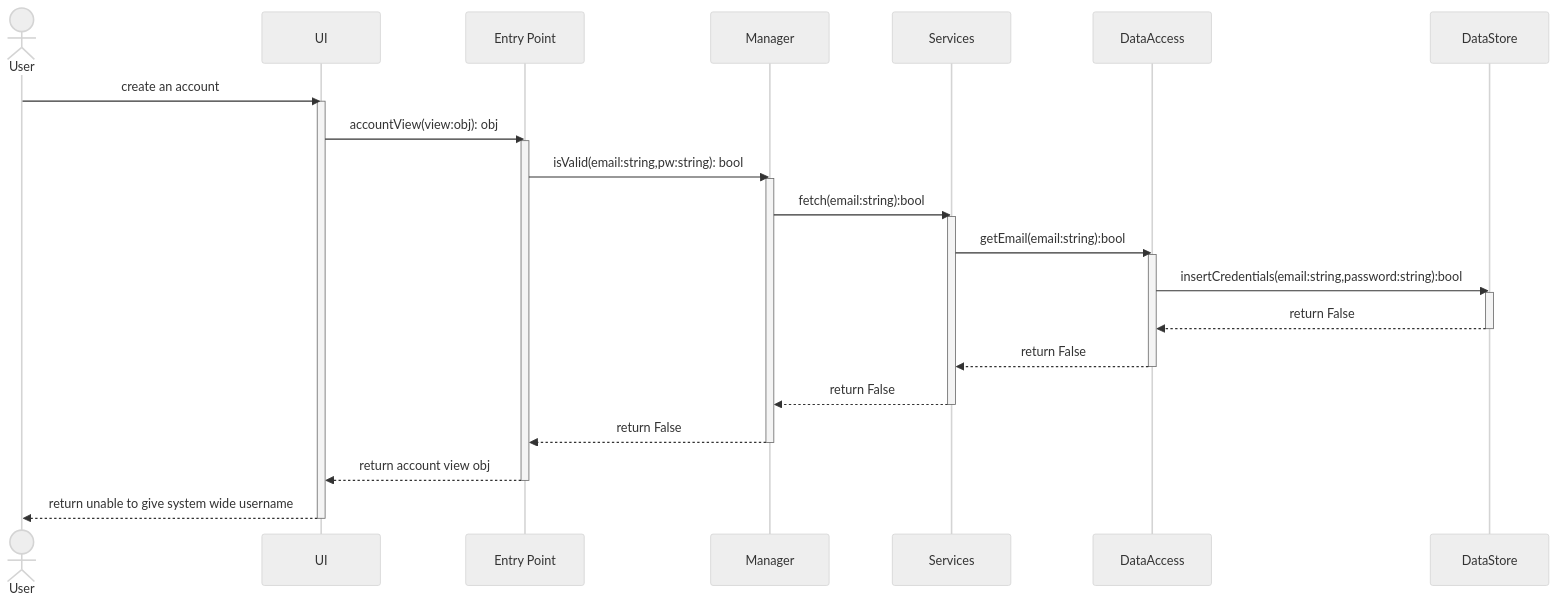
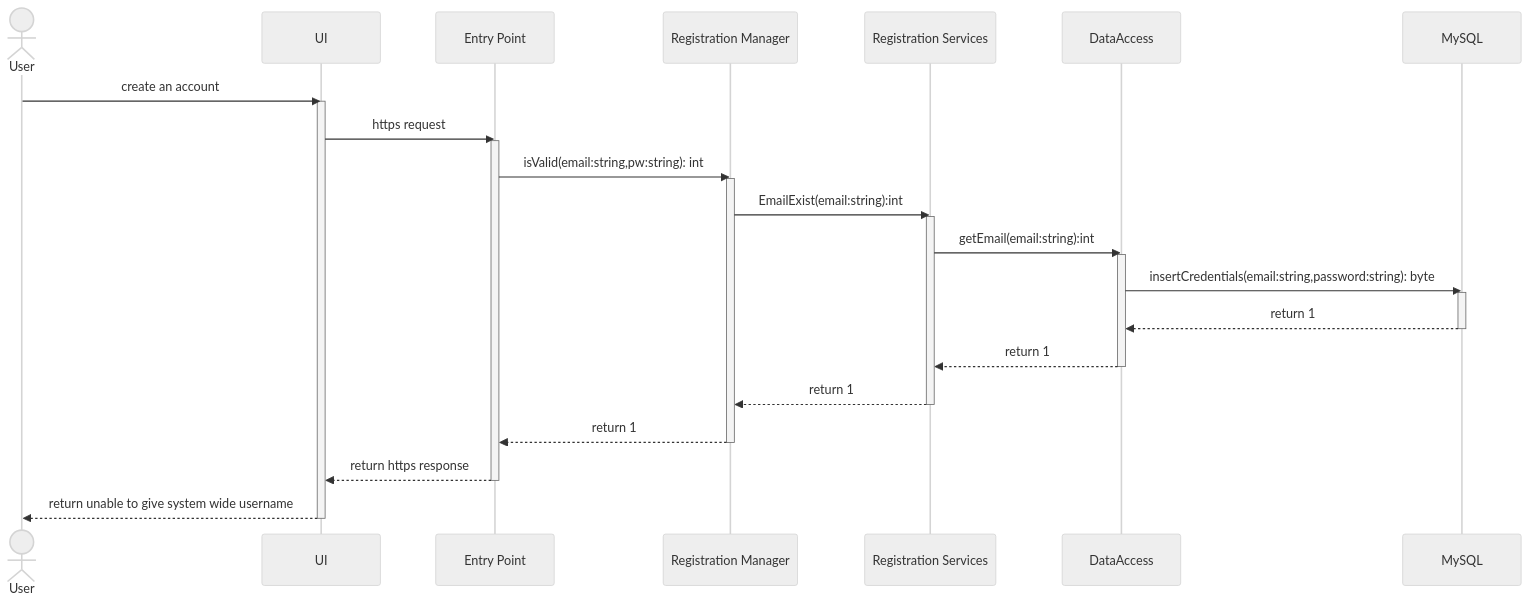
One commit to JosephArmas/cecs-491A-Team-Big-Data changed the diagram in milestone 2/low level design/registration/failures/v3/account/account_system_unavailable_username.md. Above: the diagram before and after it, drawn with Mermaid (neutral theme). The commit also changed 8 other files, not shown here.

````diff
--- a/milestone 2/low level design/registration/failures/v3/account/account_system_unavailable_username.md
+++ b/milestone 2/low level design/registration/failures/v3/account/account_system_unavailable_username.md
@@ -2,28 +2,28 @@
 ```mermaid
 sequenceDiagram
     actor User
     User ->> UI: create an account 
     activate UI 
-    UI ->> Entry Point: accountView(view:obj): obj
+    UI ->> Entry Point: https request 
     activate Entry Point
-    Entry Point ->> Manager: isValid(email:string,pw:string): bool
-    activate Manager
-    Manager ->> Services: fetch(email:string):bool
-    activate Services
-    Services ->> DataAccess: getEmail(email:string):bool 
+    Entry Point ->> Registration Manager: isValid(email:string,pw:string): int
+    activate Registration Manager
+    Registration Manager ->> Registration Services: EmailExist(email:string):int
+    activate Registration Services
+    Registration Services ->> DataAccess: getEmail(email:string):int 
     activate DataAccess
-    DataAccess ->> DataStore: insertCredentials(email:string,password:string):bool
-    activate DataStore
-    DataStore -->> DataAccess: return False
-    deactivate DataStore
-    DataAccess -->> Services: return False
+    DataAccess ->> MySQL: insertCredentials(email:string,password:string): byte
+    activate MySQL
+    MySQL -->> DataAccess: return 1
+    deactivate MySQL
+    DataAccess -->> Registration Services: return 1
     deactivate DataAccess
-    Services -->> Manager: return False
-    deactivate Services
-    Manager -->> Entry Point: return False
-    deactivate Manager
-    Entry Point -->> UI: return account view obj
+    Registration Services -->> Registration Manager: return 1
+    deactivate Registration Services
+    Registration Manager -->> Entry Point: return 1
+    deactivate Registration Manager
+    Entry Point -->> UI: return https response 
     deactivate Entry Point
     UI -->> User: return unable to give system wide username
     deactivate UI
 ```
````
